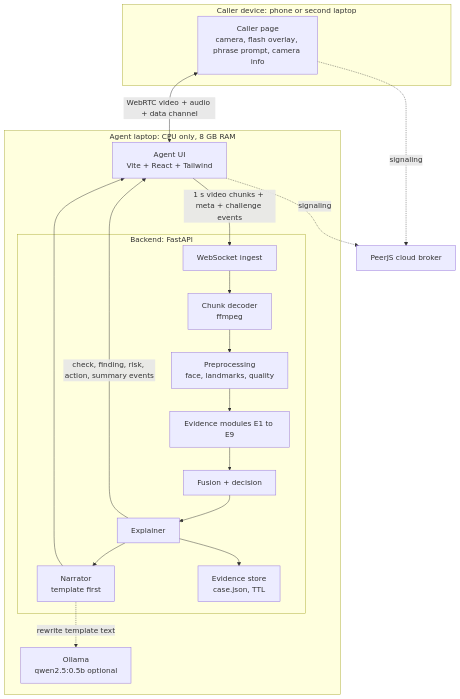
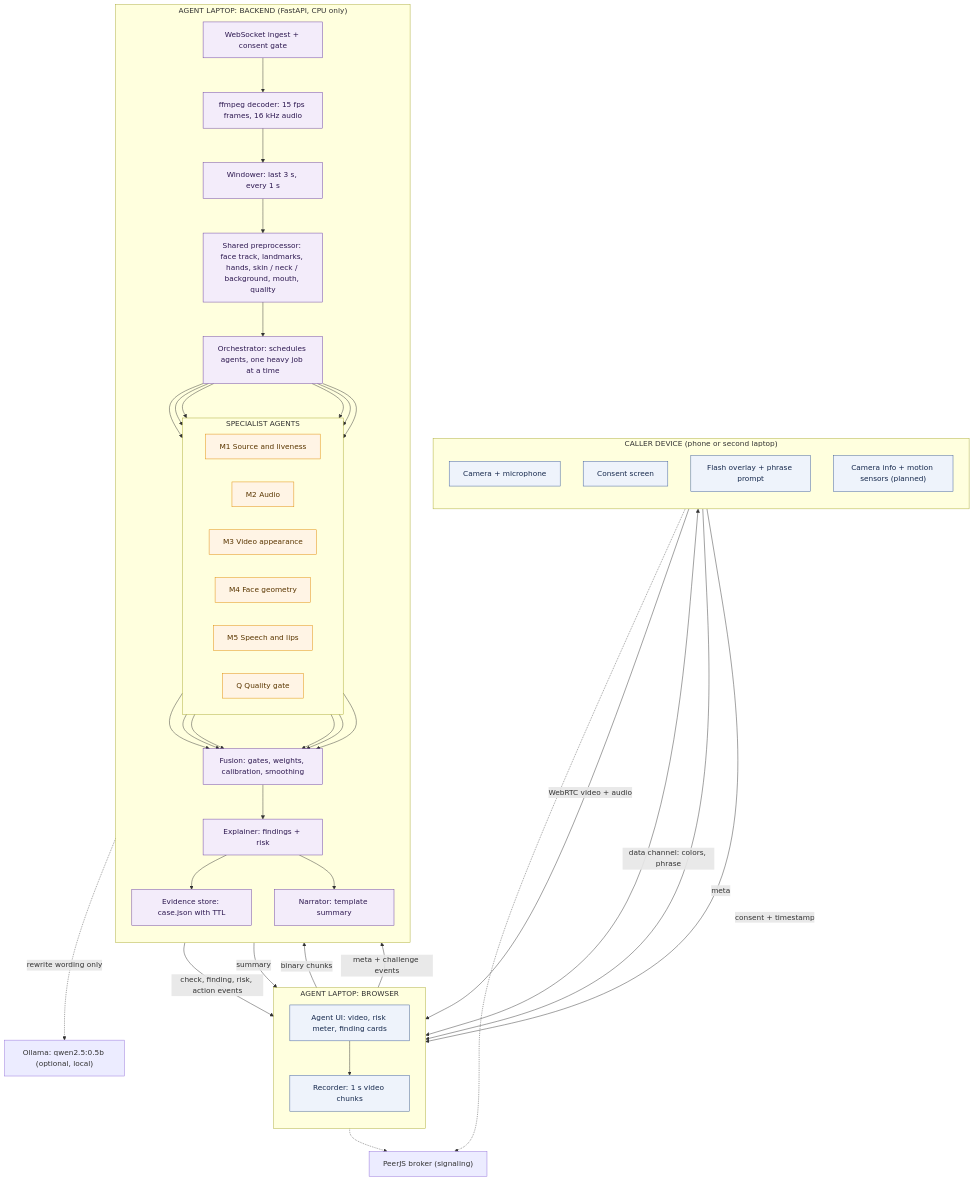
One commit to siddhikahanumante05-cloud/trustlens changed the second of 14 diagrams in README.md. Above: the diagram before and after it, drawn with Mermaid. The commit also changed other lines of this file, not shown here.

````diff
--- a/README.md
+++ b/README.md
@@ -105,34 +95,65 @@
 ```mermaid
 flowchart TB
-  subgraph CALLER["Caller device: phone or second laptop"]
-    CP["Caller page<br/>camera, flash overlay, phrase prompt, camera info"]
+  subgraph CALLER["CALLER DEVICE (phone or second laptop)"]
+    direction TB
+    CAM["Camera + microphone"]
+    CONS["Consent screen"]
+    FLASH["Flash overlay + phrase prompt"]
+    SENS["Camera info + motion sensors (planned)"]
   end
 
-  subgraph AGENT["Agent laptop: CPU only, 8 GB RAM"]
-    FE["Agent UI<br/>Vite + React + Tailwind"]
-    subgraph BE["Backend: FastAPI"]
-      WS["WebSocket ingest"]
-      DEC["Chunk decoder<br/>ffmpeg"]
-      PRE["Preprocessing<br/>face, landmarks, quality"]
-      AI["Evidence modules E1 to E9"]
-      FUS["Fusion + decision"]
-      EXP["Explainer"]
-      NAR["Narrator<br/>template first"]
-      STO["Evidence store<br/>case.json, TTL"]
-    end
-    OL["Ollama<br/>qwen2.5:0.5b optional"]
+  subgraph AGENTUI["AGENT LAPTOP: BROWSER"]
+    direction TB
+    UI["Agent UI: video, risk meter, finding cards"]
+    REC["Recorder: 1 s video chunks"]
   end
 
-  PEER["PeerJS cloud broker"]
+  subgraph BACKEND["AGENT LAPTOP: BACKEND (FastAPI, CPU only)"]
+    direction TB
+    WS["WebSocket ingest + consent gate"]
+    DEC["ffmpeg decoder: 15 fps frames, 16 kHz audio"]
+    WIN["Windower: last 3 s, every 1 s"]
+    PRE["Shared preprocessor: face track, landmarks, hands, skin / neck / background, mouth, quality"]
+    ORCH["Orchestrator: schedules agents, one heavy job at a time"]
+    subgraph TEAM["SPECIALIST AGENTS"]
+      direction LR
+      M1["M1 Source and liveness"]
+      M2["M2 Audio"]
+      M3["M3 Video appearance"]
+      M4["M4 Face geometry"]
+      M5["M5 Speech and lips"]
+      QG["Q Quality gate"]
+    end
+    FUS["Fusion: gates, weights, calibration, smoothing"]
+    EXP["Explainer: findings + risk"]
+    STORE["Evidence store: case.json with TTL"]
+    NAR["Narrator: template summary"]
+  end
 
-  CP <-->|"WebRTC video + audio + data channel"| FE
-  CP -.->|"signaling"| PEER
-  FE -.->|"signaling"| PEER
-  FE -->|"1 s video chunks + meta + challenge events"| WS
-  WS --> DEC --> PRE --> AI --> FUS --> EXP
-  EXP -->|"check, finding, risk, action, summary events"| FE
-  EXP --> STO
+  OLL["Ollama: qwen2.5:0.5b (optional, local)"]
+  PEER["PeerJS broker (signaling)"]
+
+  CAM -->|"WebRTC video + audio"| UI
+  FLASH <-->|"data channel: colors, phrase"| UI
+  SENS -->|"meta"| UI
+  CONS -->|"consent + timestamp"| UI
+  CAM -.-> PEER
+  UI -.-> PEER
+  UI --> REC -->|"binary chunks"| WS
+  UI -->|"meta + challenge events"| WS
+  WS --> DEC --> WIN --> PRE --> ORCH
+  ORCH --> M1 & M2 & M3 & M4 & M5 & QG
+  M1 & M2 & M3 & M4 & M5 & QG --> FUS --> EXP
+  EXP -->|"check, finding, risk, action events"| UI
+  EXP --> STORE
   EXP --> NAR
-  NAR -.->|"rewrite template text"| OL
-  NAR --> FE
+  NAR -.->|"rewrite wording only"| OLL
+  NAR -->|"summary"| UI
+
+  classDef dev fill:#eef3fb,stroke:#3b5b9a,color:#16294d;
+  classDef agent fill:#fff4e5,stroke:#e08a00,color:#5a3600;
+  classDef core fill:#f3ecfa,stroke:#6a3fa0,color:#2d1850;
+  class CAM,CONS,FLASH,SENS,UI,REC dev;
+  class M1,M2,M3,M4,M5,QG agent;
+  class WS,DEC,WIN,PRE,ORCH,FUS,EXP,STORE,NAR core;
 ```
````
